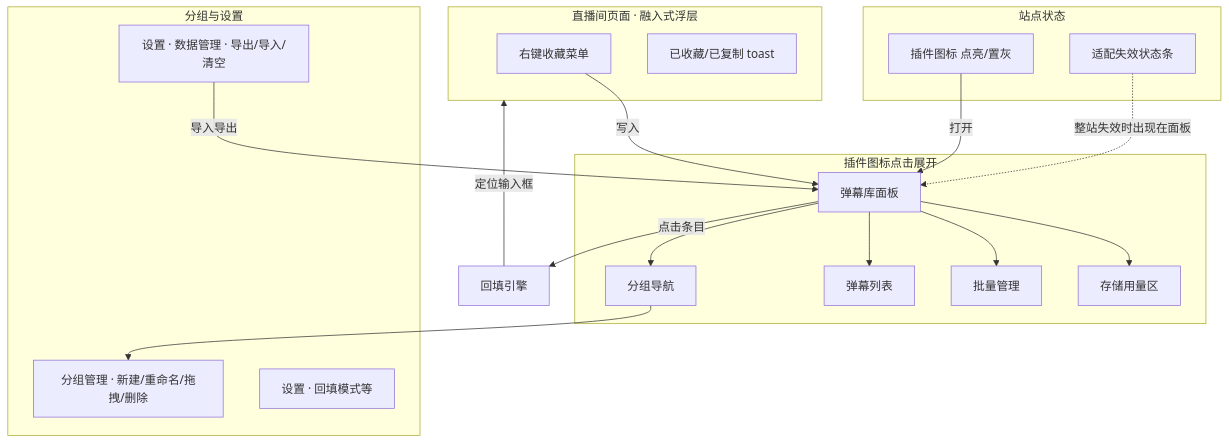
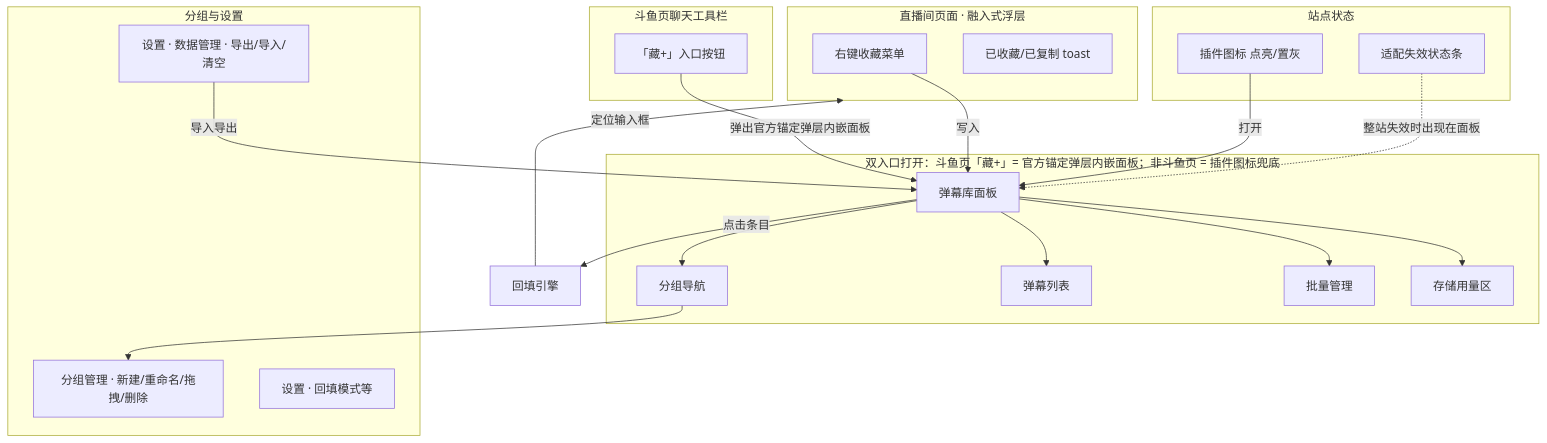
One commit to forzenfox/danmaku-box changed the first of 2 diagrams in docs/product/prototype-design.md. Above: the diagram before and after it, drawn with Mermaid. The commit also changed other lines of this file and 10 other files, not shown here.

````diff
--- a/docs/product/prototype-design.md
+++ b/docs/product/prototype-design.md
@@ -102,30 +103,34 @@
 ```mermaid
 flowchart TB
     subgraph 直播间[直播间页面 · 融入式浮层]
         A1[右键收藏菜单]
         A2[已收藏/已复制 toast]
     end
-    subgraph 面板[插件图标点击展开]
+    subgraph 面板[双入口打开：斗鱼页「藏+」= 官方锚定弹层内嵌面板；非斗鱼页 = 插件图标兜底]
         B1[弹幕库面板]
         B1 --> B2[分组导航]
         B1 --> B3[弹幕列表]
         B1 --> B4[批量管理]
         B1 --> B5[存储用量区]
+    end
+    subgraph 工具栏[斗鱼页聊天工具栏]
+        F1[「藏+」入口按钮]
+        F1 -->|弹出官方锚定弹层内嵌面板| B1
     end
     subgraph 管理[分组与设置]
         C1[分组管理 · 新建/重命名/拖拽/删除]
         C2[设置 · 回填模式等]
         C3[设置 · 数据管理 · 导出/导入/清空]
     end
     subgraph 适配[站点状态]
         D1[插件图标 点亮/置灰]
         D2[适配失效状态条]
     end
     A1 -->|写入| B1
     B1 -->|点击条目| E[回填引擎]
     E -->|定位输入框| 直播间
     B2 --> C1
     C3 -->|导入导出| B1
     D1 -->|打开| B1
     D2 -.->|整站失效时出现在面板| B1
 ```
````
